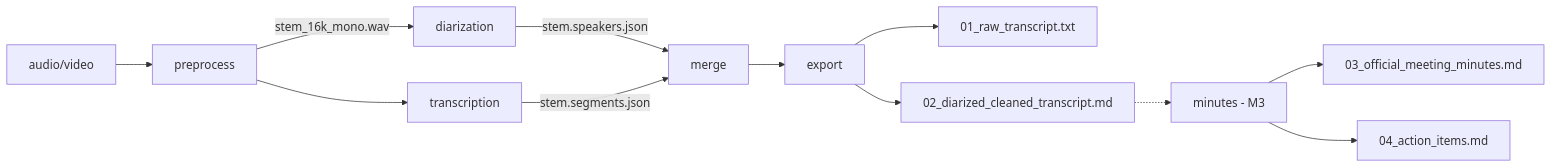
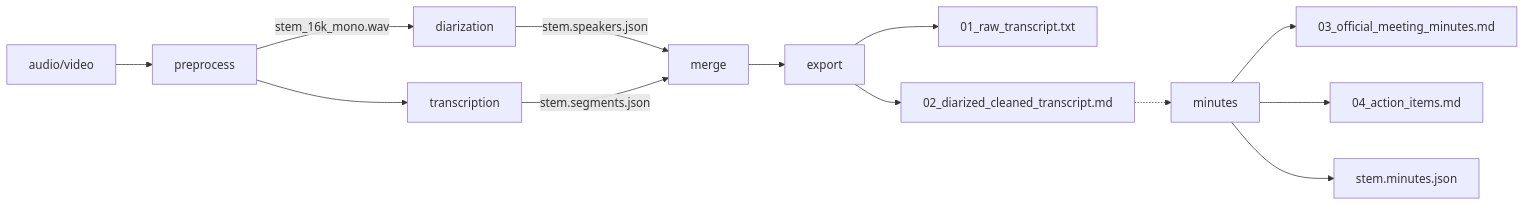
The diagram in docs/01-architecture/data-flow.md (mahdimoslemi88-sys/MinuteMate), drawn with Mermaid before and after one commit. The commit also changed other lines of this file and 137 other files, not shown here.

````diff
--- a/docs/01-architecture/data-flow.md
+++ b/docs/01-architecture/data-flow.md
@@ -7,14 +7,15 @@
 ```mermaid
 flowchart LR
   A[audio/video] --> B[preprocess]
   B -->|stem_16k_mono.wav| C[diarization]
   B --> D[transcription]
   C -->|stem.speakers.json| E[merge]
   D -->|stem.segments.json| E
   E --> F[export]
   F --> G[01_raw_transcript.txt]
   F --> H[02_diarized_cleaned_transcript.md]
-  H -.-> I[minutes - M3]
+  H -.-> I[minutes]
   I --> J[03_official_meeting_minutes.md]
   I --> K[04_action_items.md]
+  I --> L[stem.minutes.json]
 ```
````
